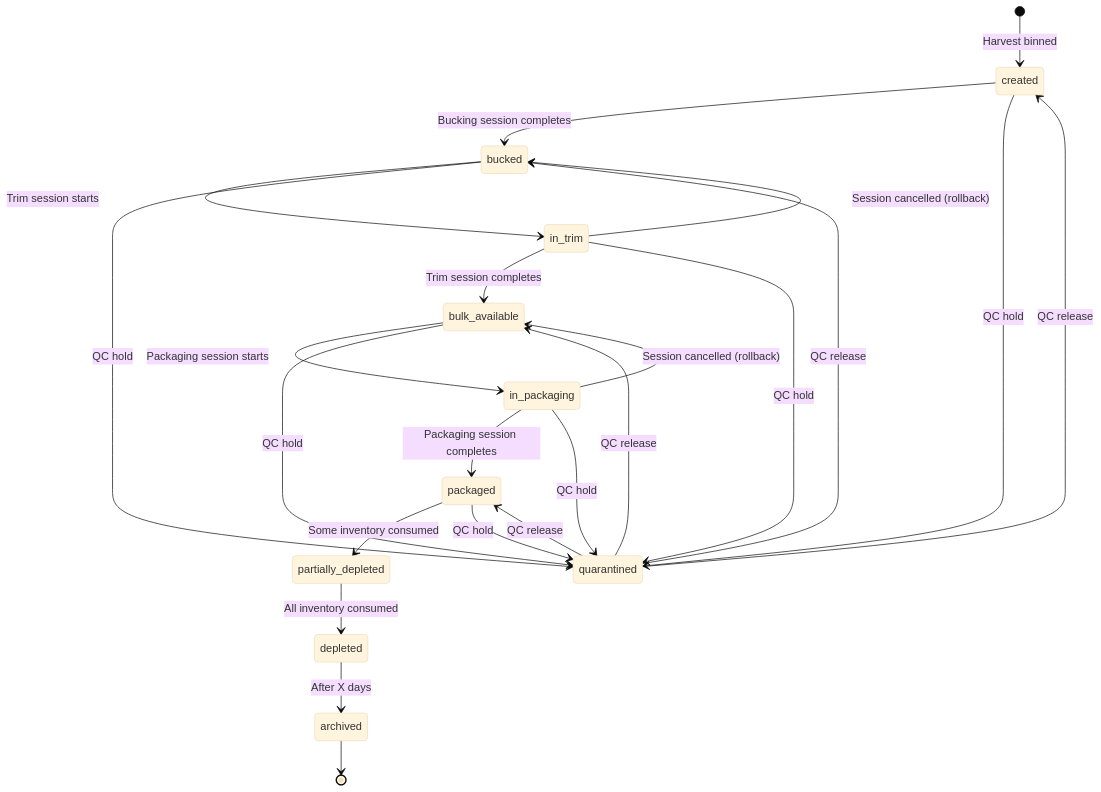
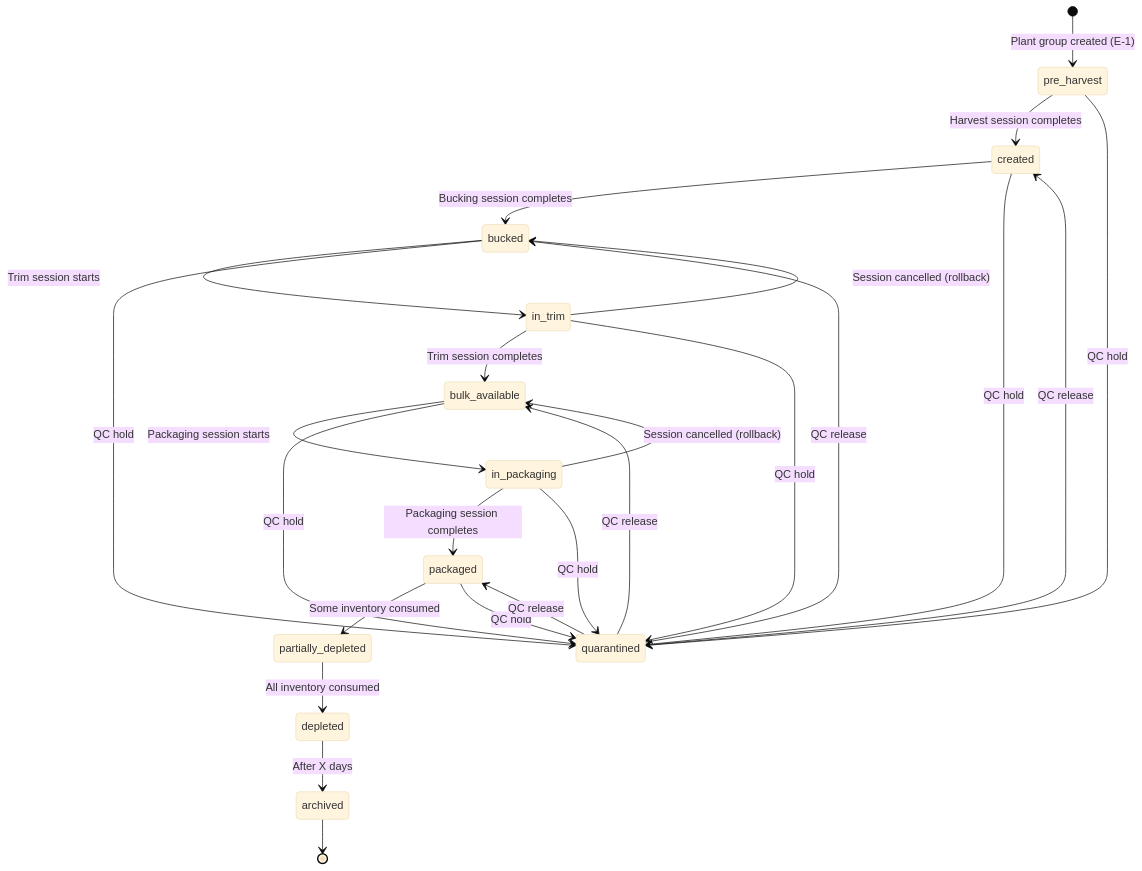
Before and after one commit to jedwardmorrow-blip/cultivo: the diagram in docs/BATCHES.md, drawn with Mermaid (base theme). The commit also changed other lines of this file and 5 other files, not shown here.

````diff
--- a/docs/BATCHES.md
+++ b/docs/BATCHES.md
@@ -427,27 +436,29 @@
 ```mermaid
 stateDiagram-v2
-    [*] --> created: Harvest binned
+    [*] --> pre_harvest: Plant group created (E-1)
+    pre_harvest --> created: Harvest session completes
     created --> bucked: Bucking session completes
     bucked --> in_trim: Trim session starts
     in_trim --> bulk_available: Trim session completes
     bulk_available --> in_packaging: Packaging session starts
     in_packaging --> packaged: Packaging session completes
     packaged --> partially_depleted: Some inventory consumed
     partially_depleted --> depleted: All inventory consumed
     depleted --> archived: After X days
     archived --> [*]
 
+    pre_harvest --> quarantined: QC hold
     created --> quarantined: QC hold
     bucked --> quarantined: QC hold
     in_trim --> quarantined: QC hold
     bulk_available --> quarantined: QC hold
     in_packaging --> quarantined: QC hold
     packaged --> quarantined: QC hold
     quarantined --> created: QC release
     quarantined --> bucked: QC release
     quarantined --> bulk_available: QC release
     quarantined --> packaged: QC release
 
     in_trim --> bucked: Session cancelled (rollback)
     in_packaging --> bulk_available: Session cancelled (rollback)
 ```
````
